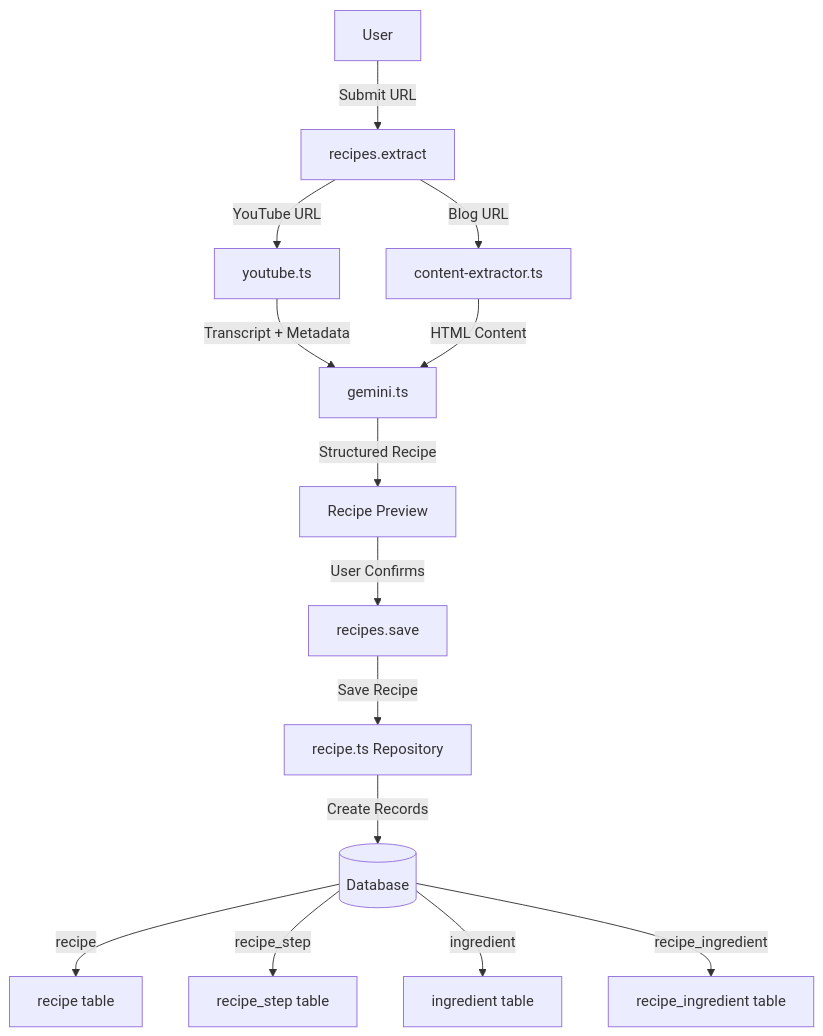
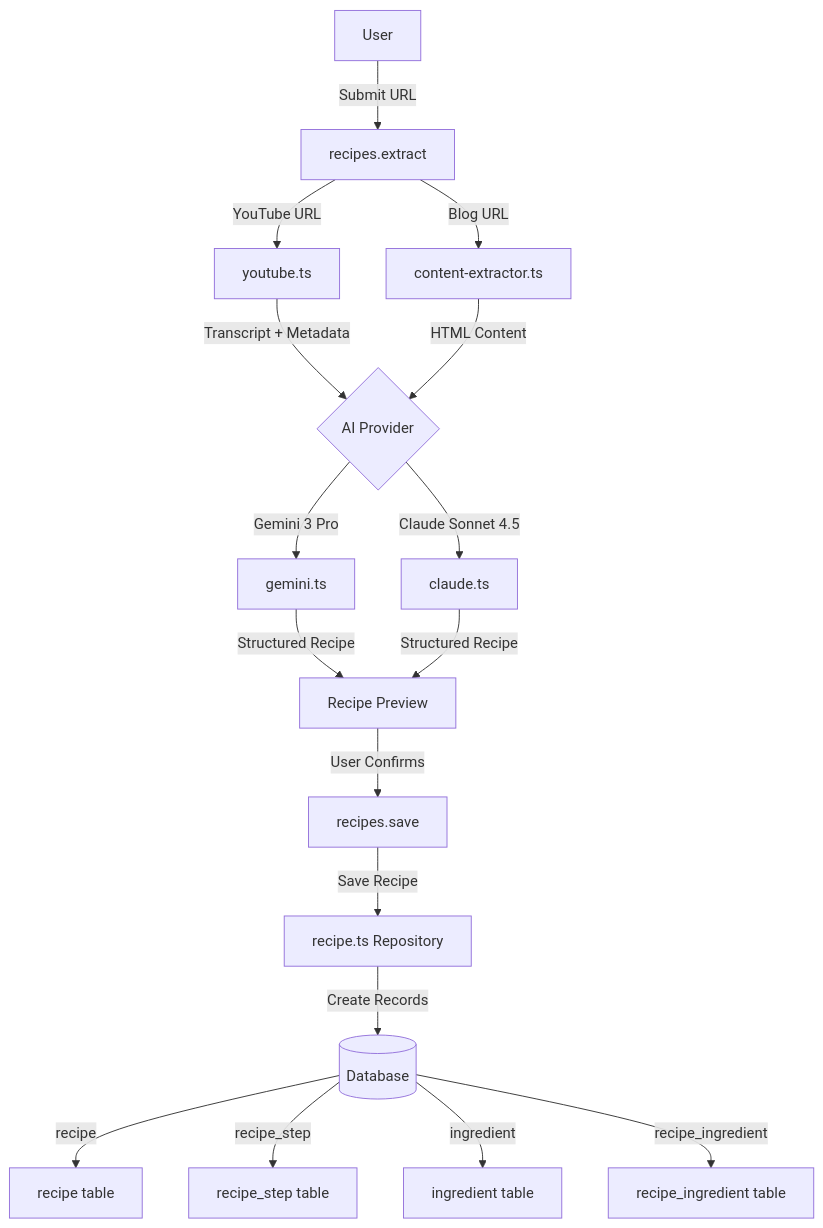
The diagram in .cursor/context.md (SeanningTatum/mise-en-place-2), drawn with Mermaid before and after one commit. The commit also changed other lines of this file and 43 other files, not shown here.

````diff
--- a/.cursor/context.md
+++ b/.cursor/context.md
@@ -88,16 +93,19 @@
 ```mermaid
 flowchart TD
     User[User] -->|Submit URL| Extract[recipes.extract]
     Extract -->|YouTube URL| YT[youtube.ts]
     Extract -->|Blog URL| Blog[content-extractor.ts]
-    YT -->|Transcript + Metadata| Gemini[gemini.ts]
-    Blog -->|HTML Content| Gemini
+    YT -->|Transcript + Metadata| AI{AI Provider}
+    Blog -->|HTML Content| AI
+    AI -->|Gemini 3 Pro| Gemini[gemini.ts]
+    AI -->|Claude Sonnet 4.5| Claude[claude.ts]
     Gemini -->|Structured Recipe| Preview[Recipe Preview]
+    Claude -->|Structured Recipe| Preview
     Preview -->|User Confirms| Save[recipes.save]
     Save -->|Save Recipe| Repo[recipe.ts Repository]
     Repo -->|Create Records| DB[(Database)]
     DB -->|recipe| RecipeTable[recipe table]
     DB -->|recipe_step| StepTable[recipe_step table]
     DB -->|ingredient| IngTable[ingredient table]
     DB -->|recipe_ingredient| JunctionTable[recipe_ingredient table]
 ```
````
